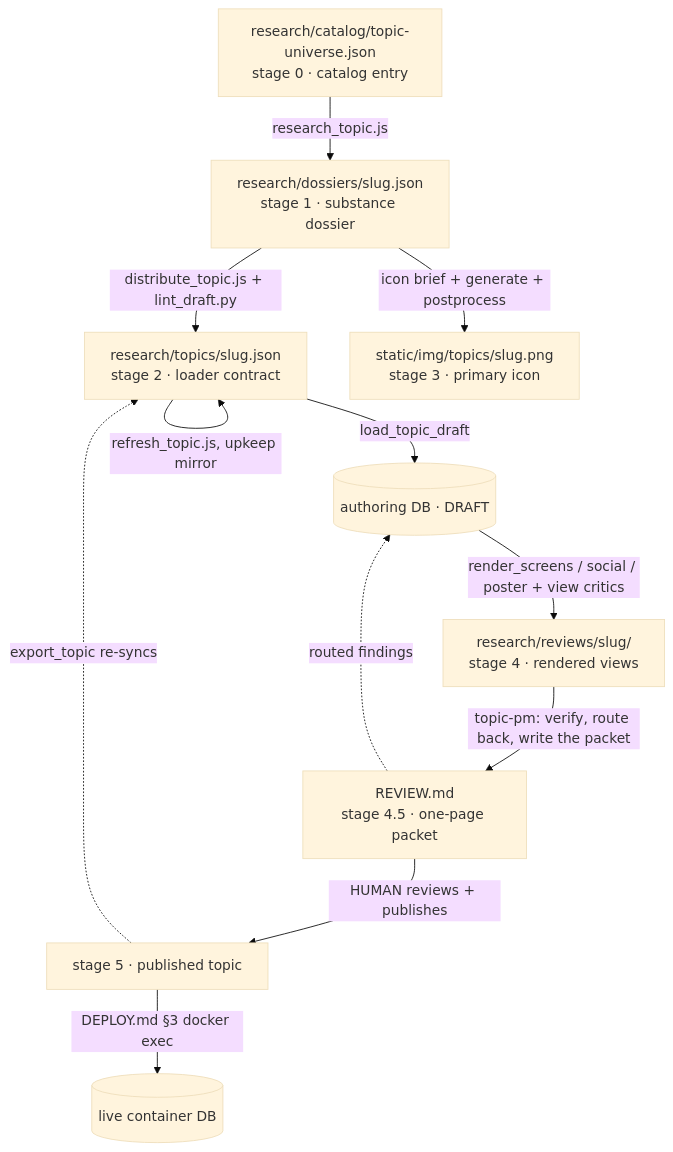
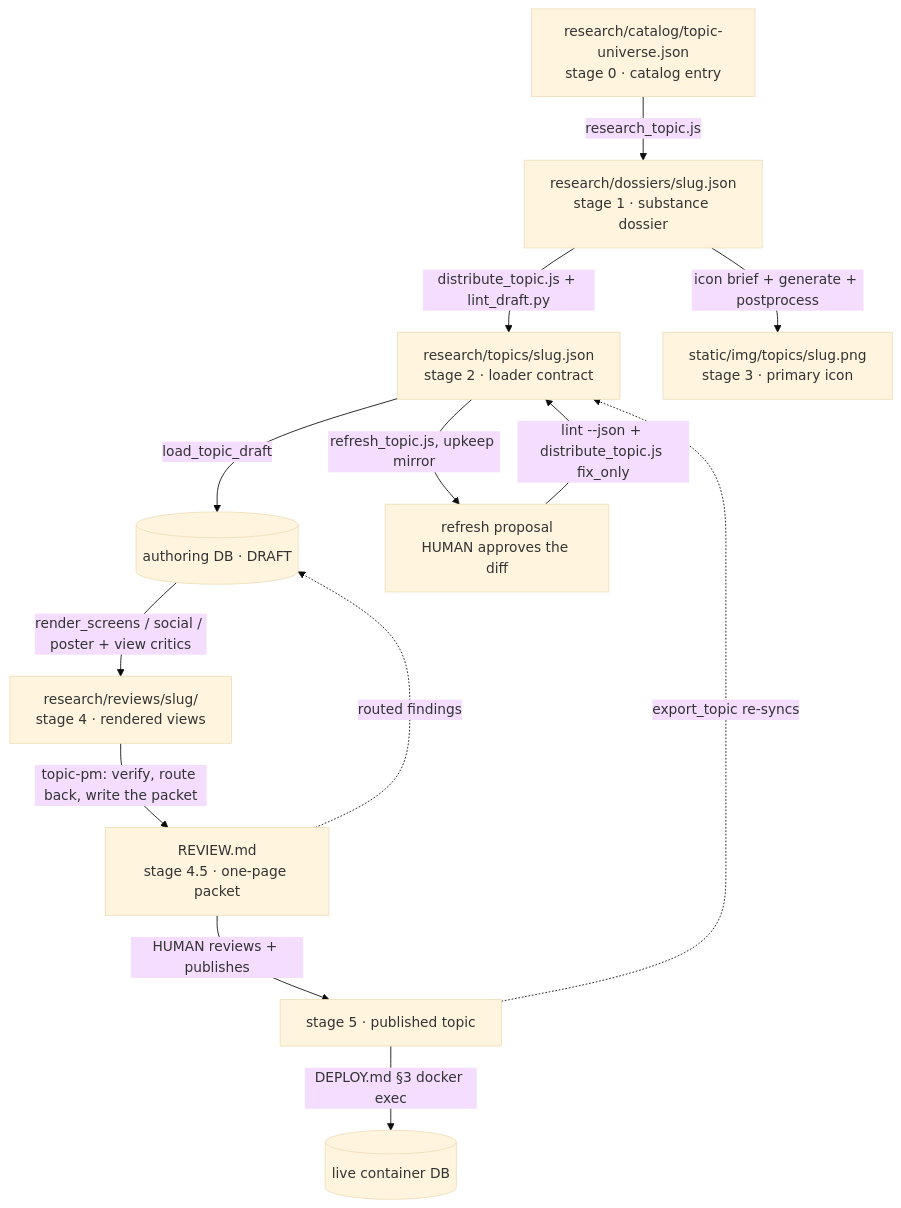
The diagram in research/ENGINE.md (Ideya-AI/Ideya), drawn with Mermaid (base theme) before and after one commit. The commit also changed other lines of this file and 8 other files, not shown here.

````diff
--- a/research/ENGINE.md
+++ b/research/ENGINE.md
@@ -53,14 +53,15 @@
 ```mermaid
 flowchart TD
     C[research/catalog/topic-universe.json<br/>stage 0 · catalog entry] -->|research_topic.js| D[research/dossiers/slug.json<br/>stage 1 · substance dossier]
     D -->|distribute_topic.js + lint_draft.py| J[research/topics/slug.json<br/>stage 2 · loader contract]
     J -->|load_topic_draft| DB[(authoring DB · DRAFT)]
     D -->|icon brief + generate + postprocess| I[static/img/topics/slug.png<br/>stage 3 · primary icon]
     DB -->|render_screens / social / poster + view critics| R[research/reviews/slug/<br/>stage 4 · rendered views]
     R -->|topic-pm: verify, route back, write the packet| Q[REVIEW.md<br/>stage 4.5 · one-page packet]
     Q -.->|routed findings| DB
     Q -->|HUMAN reviews + publishes| P[stage 5 · published topic]
     P -->|DEPLOY.md §3 docker exec| L[(live container DB)]
     P -.->|export_topic re-syncs| J
-    J -->|refresh_topic.js, upkeep mirror| J
+    J -->|refresh_topic.js, upkeep mirror| RF[refresh proposal<br/>HUMAN approves the diff]
+    RF -->|lint --json + distribute_topic.js fix_only| J
 ```
````
